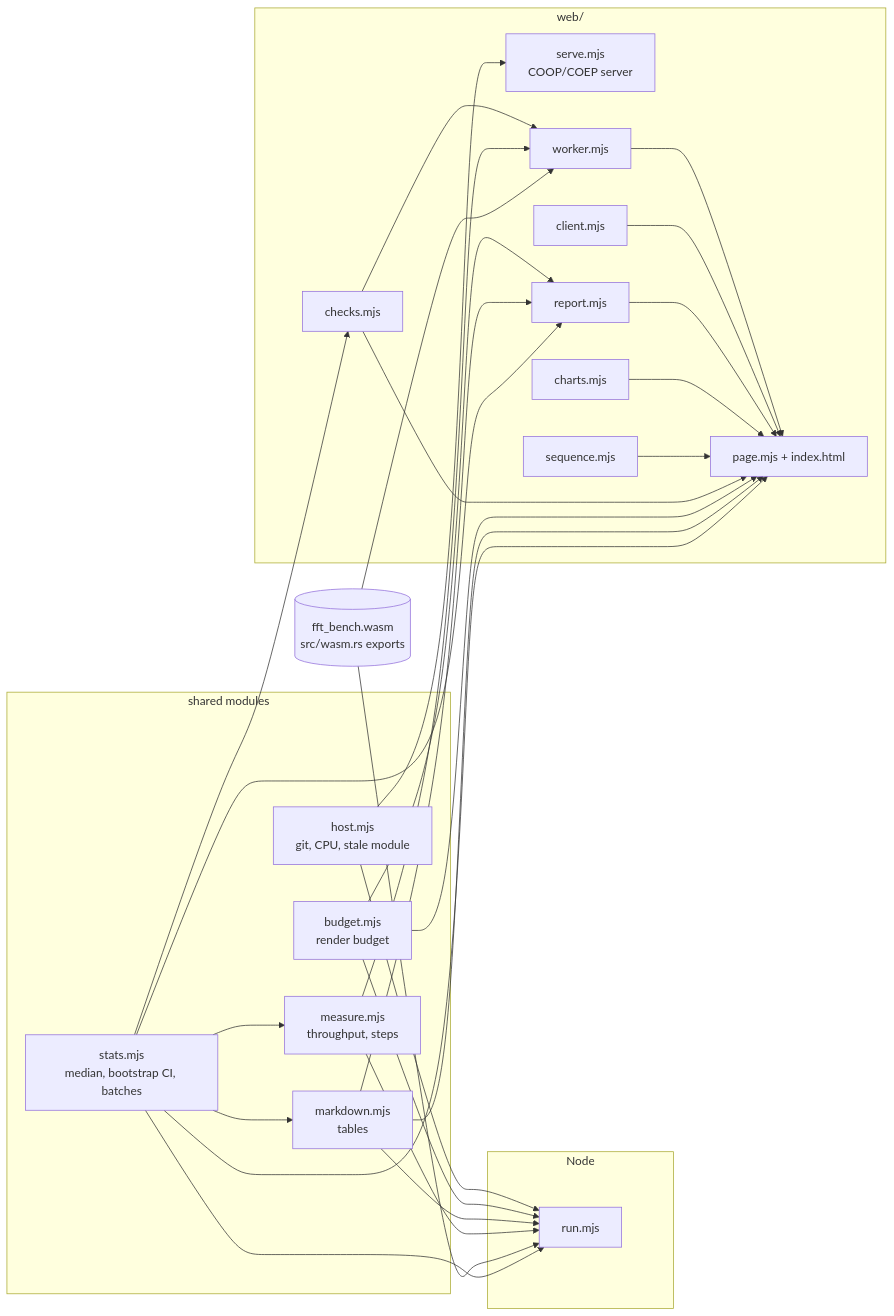
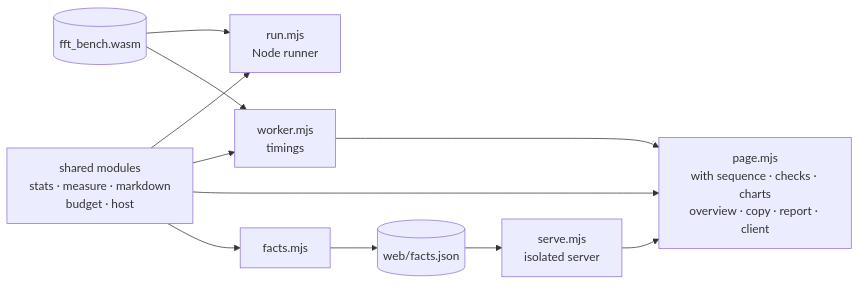
Before and after one commit to BLyndon/openDAW: the second of 2 diagrams in crates/fft-bench/docs/architecture.md, drawn with Mermaid. The commit also changed other lines of this file and 8 other files, not shown here.

Commit message:
docs(fft-bench): question-led testing concept, developer guide, shorter docs

````diff
--- a/crates/fft-bench/docs/architecture.md
+++ b/crates/fft-bench/docs/architecture.md
@@ -201,49 +155,19 @@
 ```mermaid
 flowchart LR
-    module[(fft_bench.wasm<br/>src/wasm.rs exports)]
-    subgraph shared[shared modules]
-        stats[stats.mjs<br/>median, bootstrap CI, batches]
-        measure[measure.mjs<br/>throughput, steps]
-        markdown[markdown.mjs<br/>tables]
-        budget[budget.mjs<br/>render budget]
-        host[host.mjs<br/>git, CPU, stale module]
-    end
-    subgraph node[Node]
-        run[run.mjs]
-    end
-    subgraph web[web/]
-        serve[serve.mjs<br/>COOP/COEP server]
-        worker[worker.mjs]
-        client[client.mjs]
-        page[page.mjs + index.html]
-        checks[checks.mjs]
-        sequence[sequence.mjs]
-        charts[charts.mjs]
-        report[report.mjs]
-    end
-    stats --> measure
-    stats --> markdown
-    stats --> report
-    stats --> checks
-    stats --> page
-    stats --> run
-    markdown --> page
+    module[(fft_bench.wasm)]
+    shared[shared modules<br/>stats · measure · markdown<br/>budget · host]
+    run[run.mjs<br/>Node runner]
+    facts[facts.mjs] --> json[(web/facts.json)]
+    serve[serve.mjs<br/>isolated server]
+    worker[worker.mjs<br/>timings]
+    page[page.mjs<br/>with sequence · checks · charts<br/>overview · copy · report · client]
     module --> run
     module --> worker
-    measure --> run
-    measure --> worker
-    markdown --> run
-    markdown --> report
-    budget --> run
-    budget --> report
-    budget --> page
-    host --> run
-    host --> serve
-    checks --> worker
-    checks --> page
-    sequence --> page
-    charts --> page
-    report --> page
-    client --> page
+    shared --> run
+    shared --> worker
+    shared --> page
+    shared --> facts
+    json --> serve
+    serve --> page
     worker --> page
 ```
````
